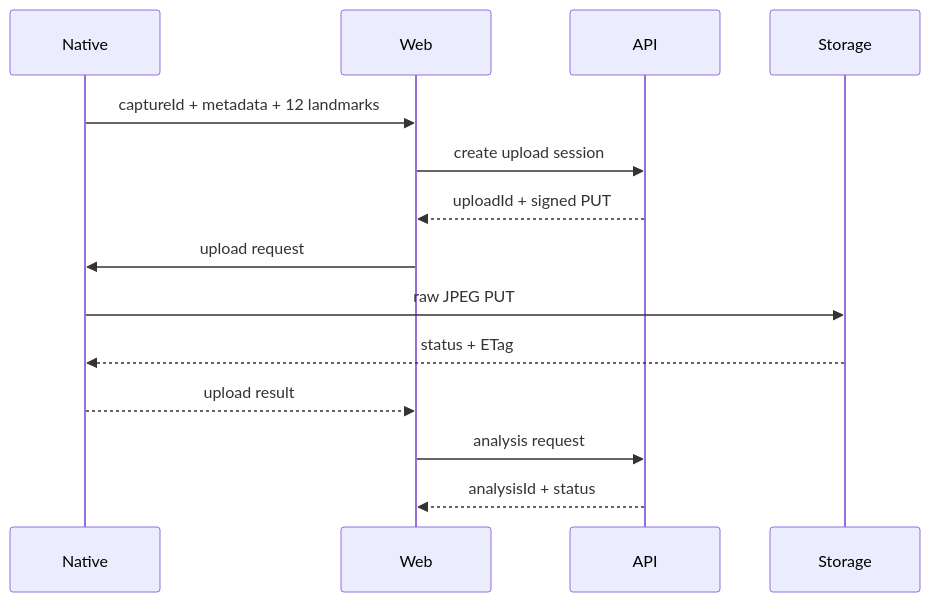
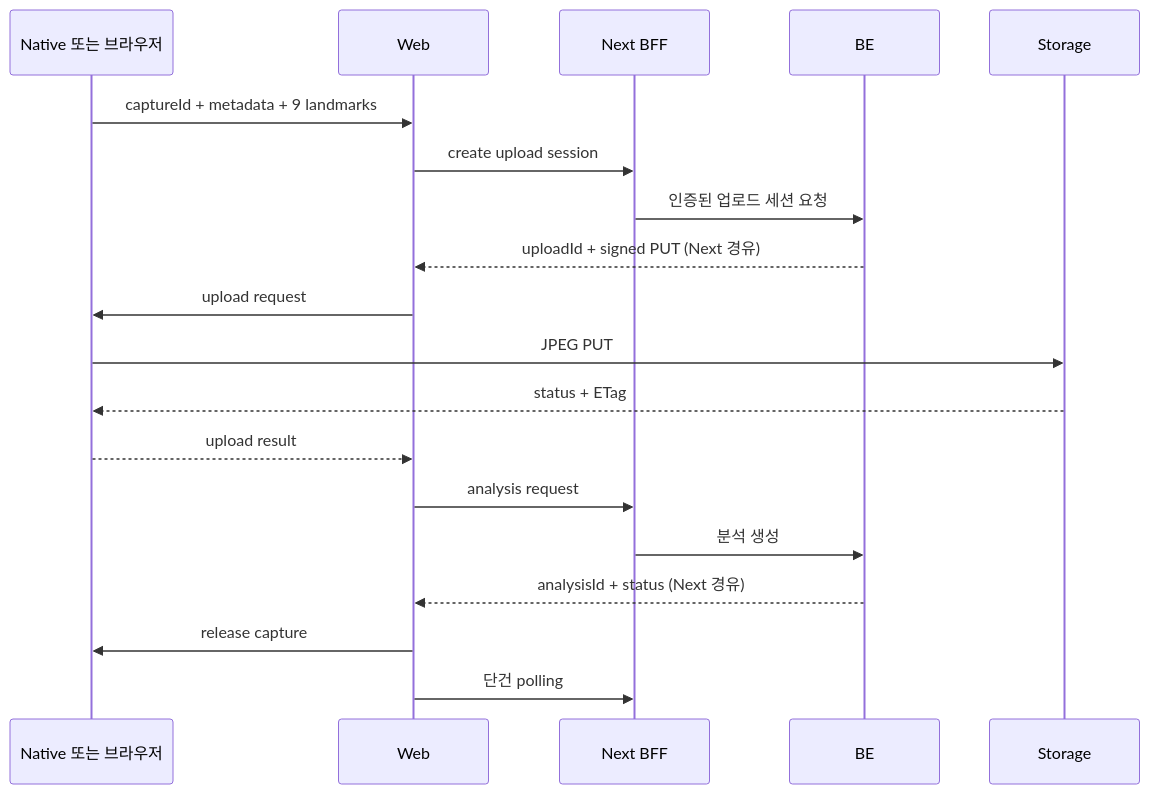
One commit to HappyDoran/HappyDoran.github.io changed the diagram in src/content/blog/api-3b10d0f75cd680e59efbfa50e16f1375.md. Above: the diagram before and after it, drawn with Mermaid. The commit also changed other lines of this file, not shown here.

Commit message:
Publish 랜드마크 기반 이미지 분석 API 계약 (fce93aa67877; ed0ea4ca-fdd3-4f96-9fca-3c8bf0bbe49f)

````diff
--- a/src/content/blog/api-3b10d0f75cd680e59efbfa50e16f1375.md
+++ b/src/content/blog/api-3b10d0f75cd680e59efbfa50e16f1375.md
@@ -243,17 +149,21 @@
 ```mermaid
 sequenceDiagram
-    participant Native
+    participant Capture as Native 또는 브라우저
     participant Web
-    participant API
+    participant Next as Next BFF
+    participant BE
     participant Storage
-
-    Native->>Web: captureId + metadata + 12 landmarks
-    Web->>API: create upload session
-    API-->>Web: uploadId + signed PUT
-    Web->>Native: upload request
-    Native->>Storage: raw JPEG PUT
-    Storage-->>Native: status + ETag
-    Native-->>Web: upload result
-    Web->>API: analysis request
-    API-->>Web: analysisId + status
+    Capture->>Web: captureId + metadata + 9 landmarks
+    Web->>Next: create upload session
+    Next->>BE: 인증된 업로드 세션 요청
+    BE-->>Web: uploadId + signed PUT (Next 경유)
+    Web->>Capture: upload request
+    Capture->>Storage: JPEG PUT
+    Storage-->>Capture: status + ETag
+    Capture-->>Web: upload result
+    Web->>Next: analysis request
+    Next->>BE: 분석 생성
+    BE-->>Web: analysisId + status (Next 경유)
+    Web->>Capture: release capture
+    Web->>Next: 단건 polling
 ```
````
